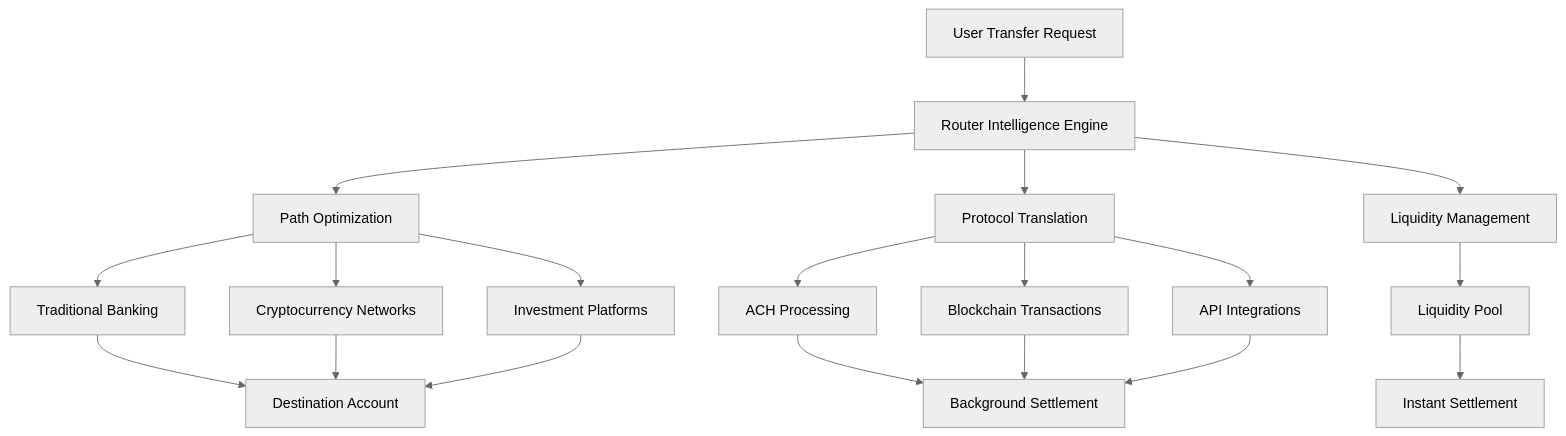
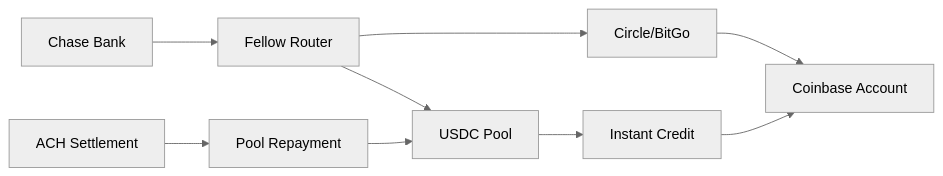
The diagram in using-fellow/transfer-router.mdx (freeslugs/docs), drawn with Mermaid (neutral theme) before and after one commit.

Commit message:
Revise transfer router documentation to update the architecture diagram, reflecting a simplified flow from Chase Bank through the Fellow Router to USDC Pool and Coinbase Account, enhancing clarity on the transfer process.

````diff
--- a/using-fellow/transfer-router.mdx
+++ b/using-fellow/transfer-router.mdx
@@ -38,26 +38,12 @@
 ```mermaid
-graph TD
-    A[User Transfer Request] --> B[Router Intelligence Engine]
-    B --> C[Path Optimization]
-    B --> D[Protocol Translation]
-    B --> E[Liquidity Management]
+graph LR
+    A[Chase Bank] --> B[Fellow Router]
+    B --> C[USDC Pool]
+    B --> D[Circle/BitGo]
+    C --> E[Instant Credit]
+    D --> F[Coinbase Account]
+    E --> F
     
-    C --> F[Traditional Banking]
-    C --> G[Cryptocurrency Networks]
-    C --> H[Investment Platforms]
-    
-    D --> I[ACH Processing]
-    D --> J[Blockchain Transactions]
-    D --> K[API Integrations]
-    
-    E --> L[Liquidity Pool]
-    L --> M[Instant Settlement]
-    
-    F --> N[Destination Account]
-    G --> N
-    H --> N
-    
-    I --> O[Background Settlement]
-    J --> O
-    K --> O
+    G[ACH Settlement] --> H[Pool Repayment]
+    H --> C
 ```
````
